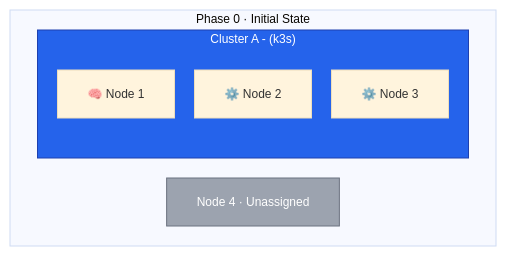
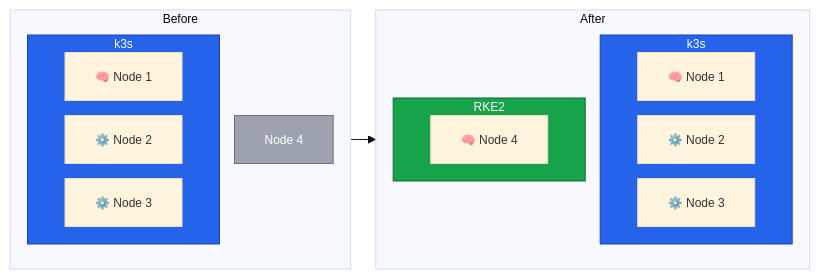
One commit to philprime/philprime.dev changed the first of 5 diagrams in guides/migrating-k3s-to-rke2-without-downtime/lesson-1.md. Above: the diagram before and after it, drawn with Mermaid. The commit also changed other lines of this file and 5 other files, not shown here.

````diff
--- a/guides/migrating-k3s-to-rke2-without-downtime/lesson-1.md
+++ b/guides/migrating-k3s-to-rke2-without-downtime/lesson-1.md
@@ -36,45 +54,34 @@
 ```mermaid!
-%%{init: {
-  "theme": "base",
-  "flowchart": {
-    "nodeSpacing": 20,
-    "rankSpacing": 30
-  },
-  "themeVariables": {
-    "padding": 6,
-    "nodePadding": 6,
-    "subGraphPadding": 8,
-    "fontSize": "12px"
-  }
-}}%%
-
+%%{init: {"theme": "base", "flowchart": {"nodeSpacing": 15, "rankSpacing": 25}, "themeVariables": {"fontSize": "12px"}}}%%
 flowchart LR
-
-%% =========================
-%% Global Styles
-%% =========================
 classDef clusterA fill:#2563eb,color:#ffffff,stroke:#1e40af
 classDef clusterB fill:#16a34a,color:#ffffff,stroke:#166534
 classDef unassigned fill:#9ca3af,color:#ffffff,stroke:#6b7280
-classDef critical stroke:#dc2626,stroke-width:3px
-classDef success stroke:#16a34a,stroke-width:2px
 
-%% =========================
-%% Phase 0 — Initial State
-%% =========================
-subgraph Phase0["Phase 0 · Initial State"]
-  direction LR
-
-  subgraph P0A["Cluster A - (k3s)"]
-    direction TB
-    P0A1["🧠 Node 1"]
-    P0A2["⚙️ Node 2"]
-    P0A3["⚙️ Node 3"]
+subgraph before["Before"]
+  direction TB
+  subgraph bA["k3s"]
+    bA1["🧠 Node 1"]
+    bA2["⚙️ Node 2"]
+    bA3["⚙️ Node 3"]
   end
-
-  P0U["Node 4 · Unassigned"]
+  bU["Node 4"]
 end
 
-class P0A clusterA
-class P0U unassigned
+subgraph after["After"]
+  direction TB
+  subgraph aA["k3s"]
+    aA1["🧠 Node 1"]
+    aA2["⚙️ Node 2"]
+    aA3["⚙️ Node 3"]
+  end
+  subgraph aB["RKE2"]
+    aB4["🧠 Node 4"]
+  end
+end
+
+before --> after
+class bA,aA clusterA
+class aB clusterB
+class bU unassigned
 ```
````
